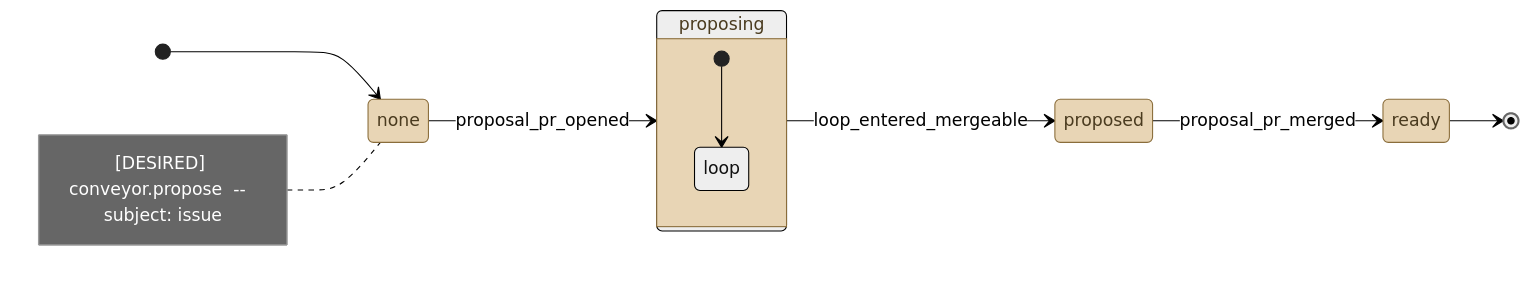
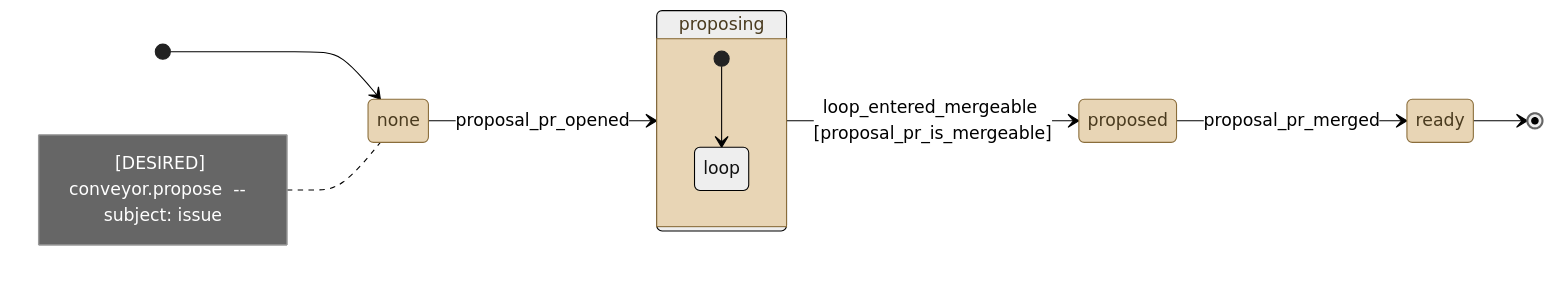
One commit to kostiantyn-matsebora/agent-ops-operator changed the diagram in .github/conveyor-model/mermaid/desired/conveyor_propose.mmd. Above: the diagram before and after it, drawn with Mermaid (neutral theme). The commit also changed 1 other file, not shown here.

Commit message:
fix(conveyor): add the mergeable condition back as a guard, not the event
loop_entered_mergeable is the trigger (the sub-machine moved). Separately,
the real condition that must hold for proposing -> proposed is the
proposal PR actually being mergeable -- a different fact, now its own
guard rather than folded into (or missing from) the event.

```diff
--- a/.github/conveyor-model/mermaid/desired/conveyor_propose.mmd
+++ b/.github/conveyor-model/mermaid/desired/conveyor_propose.mmd
@@ -1,21 +1,21 @@
 stateDiagram-v2
     direction LR
     [*] --> none
     note left of none
         [DESIRED] conveyor.propose  --  subject: issue
     end note
     classDef stationState fill:#e8d5b5,stroke:#8a6d3b,color:#4a3b1f
     classDef loopState fill:#c9e4de,stroke:#2f6b5e,color:#1a3b33
     state none
     state proposing
     state proposed
     state ready
     none --> proposing : proposal_pr_opened
-    proposing --> proposed : loop_entered_mergeable
+    proposing --> proposed : loop_entered_mergeable [proposal_pr_is_mergeable]
     proposed --> ready : proposal_pr_merged
     ready --> [*]
     class none, proposing, proposed, ready stationState
     state proposing {
         [*] --> loop
         state "loop" as loop
     }
```
